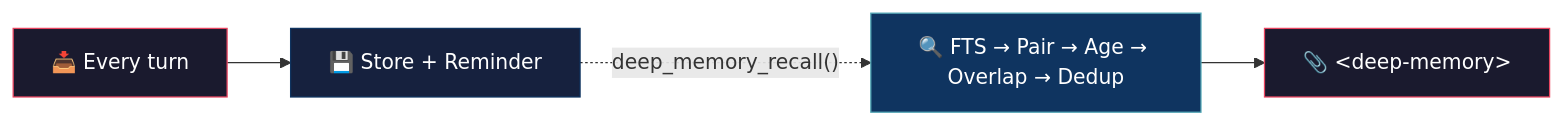
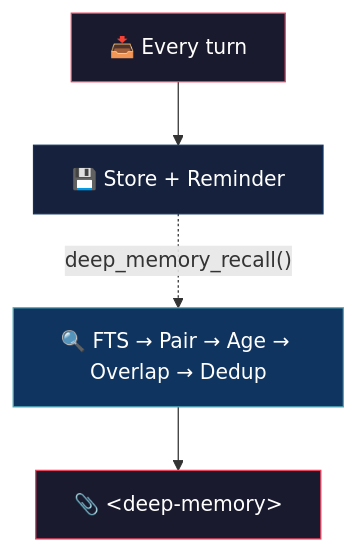
The diagram in README.md (alejo54dev/opencode-deep-memory), drawn with Mermaid before and after one commit.

Commit message:
README: TD flowchart, 2 rows (A→B, C→D, dotted diagonal)

````diff
--- a/README.md
+++ b/README.md
@@ -21,11 +21,11 @@
 ```mermaid
-flowchart LR
+flowchart TD
     A["📥 Every turn"] --> B["💾 Store + Reminder"]
-    B -.->|"deep_memory_recall()"| C["🔍 FTS → Pair → Age → Overlap → Dedup"]
-    C --> D["📎 &lt;deep-memory&gt;"]
+    C["🔍 FTS → Pair → Age → Overlap → Dedup"] --> D["📎 &lt;deep-memory&gt;"]
+    B -.->|"deep_memory_recall()"| C
 
     style A fill:#1a1a2e,stroke:#e94560,color:#fff
     style B fill:#16213e,stroke:#0f3460,color:#fff
     style C fill:#0f3460,stroke:#53a8b6,color:#fff
     style D fill:#1a1a2e,stroke:#e94560,color:#fff
 ```
````
